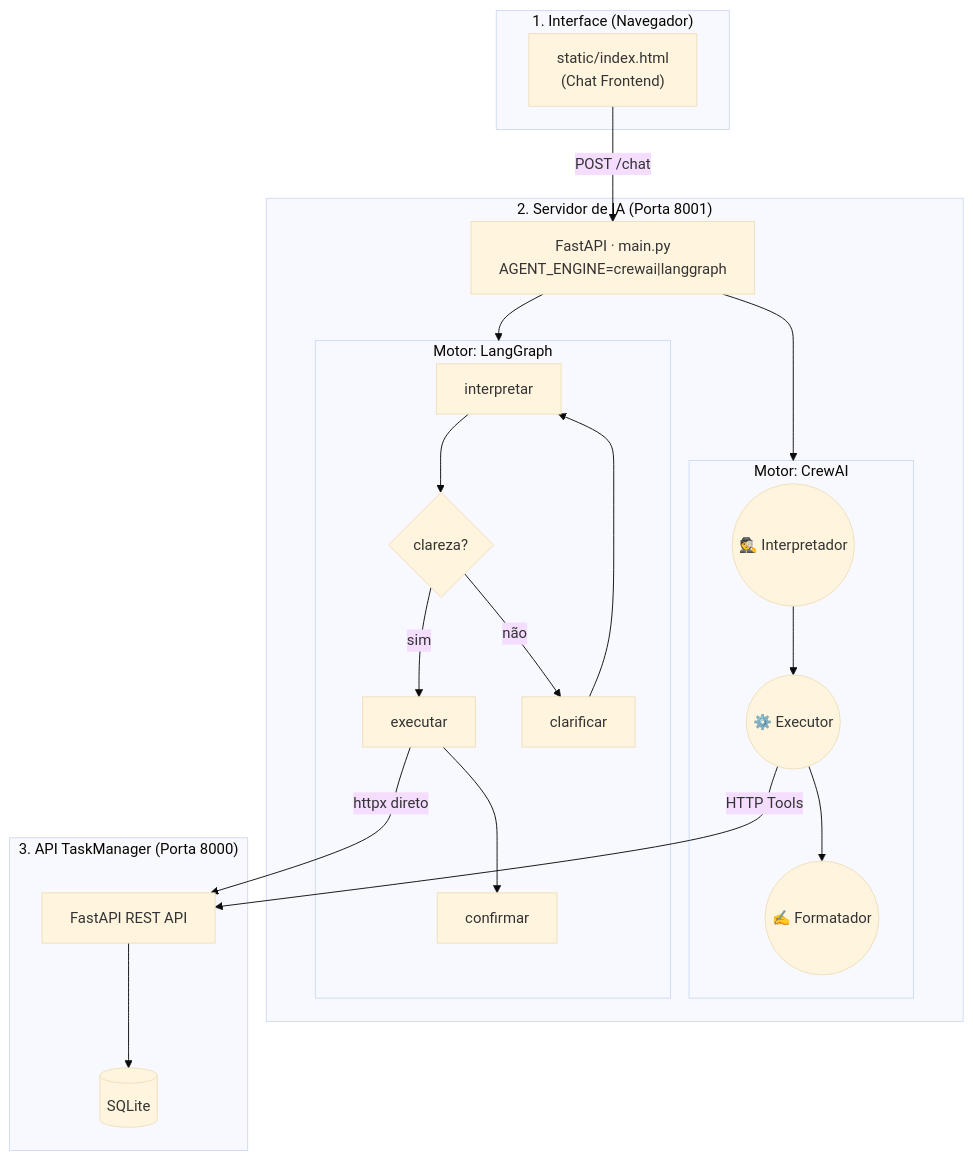
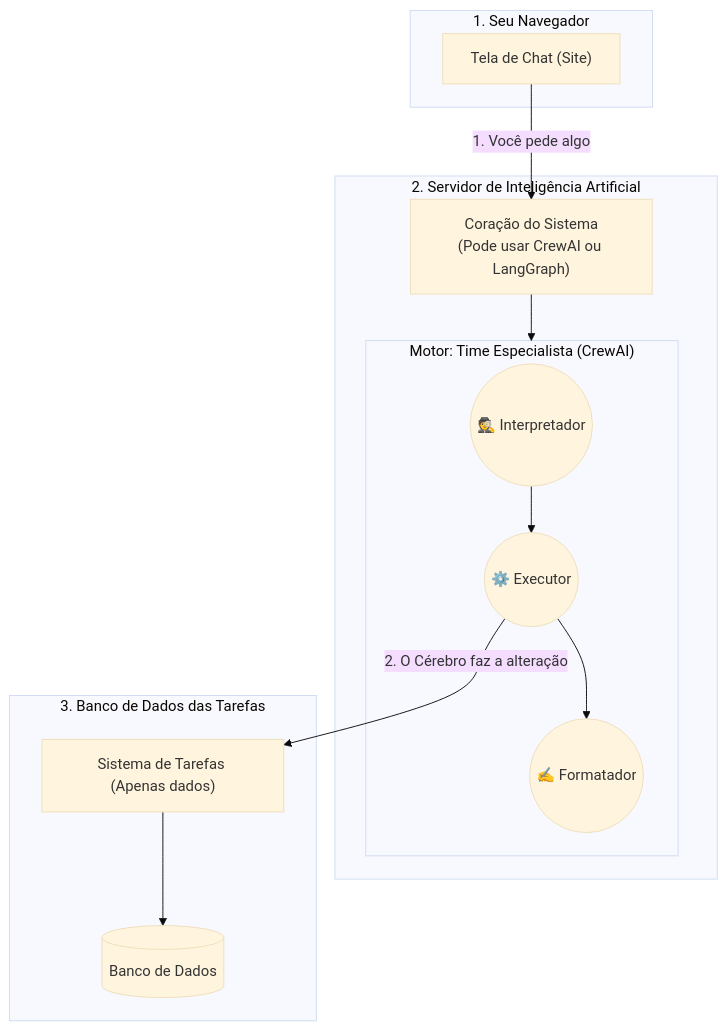
The diagram in README.md (ElyssonAlvs/TaskAgentV2), drawn with Mermaid (base theme) before and after one commit. The commit also changed other lines of this file, not shown here.

````diff
--- a/README.md
+++ b/README.md
@@ -80,41 +60,28 @@
 ```mermaid
 graph TD
-    subgraph Cliente ["1. Interface (Navegador)"]
-        UI["static/index.html<br>(Chat Frontend)"]
+    subgraph Cliente ["1. Seu Navegador"]
+        UI["Tela de Chat (Site)"]
     end
 
-    subgraph Orquestrador ["2. Servidor de IA (Porta 8001)"]
-        FastAPI["FastAPI · main.py<br>AGENT_ENGINE=crewai|langgraph"]
+    subgraph Orquestrador ["2. Servidor de Inteligência Artificial"]
+        FastAPI["Coração do Sistema<br>(Pode usar CrewAI ou LangGraph)"]
 
-        subgraph CrewAI ["Motor: CrewAI"]
+        subgraph CrewAI ["Motor: Time Especialista (CrewAI)"]
             A1(("🕵️ Interpretador"))
             A2(("⚙️ Executor"))
             A3(("✍️ Formatador"))
             A1 --> A2 --> A3
         end
 
-        subgraph LangGraph ["Motor: LangGraph"]
-            N1["interpretar"]
-            N2{"clareza?"}
-            N3["executar"]
-            N4["clarificar"]
-            N5["confirmar"]
-            N1 --> N2
-            N2 -- "sim" --> N3 --> N5
-            N2 -- "não" --> N4 --> N1
-        end
-
         FastAPI --> CrewAI
-        FastAPI --> LangGraph
     end
 
-    subgraph Persistencia ["3. API TaskManager (Porta 8000)"]
-        Backend["FastAPI REST API"]
-        DB[(SQLite)]
+    subgraph Persistencia ["3. Banco de Dados das Tarefas"]
+        Backend["Sistema de Tarefas (Apenas dados)"]
+        DB[(Banco de Dados)]
         Backend --> DB
     end
 
-    UI -- "POST /chat" --> FastAPI
-    A2 -- "HTTP Tools" --> Backend
-    N3 -- "httpx direto" --> Backend
+    UI -- "1. Você pede algo" --> FastAPI
+    A2 -- "2. O Cérebro faz a alteração" --> Backend
 ```
````
